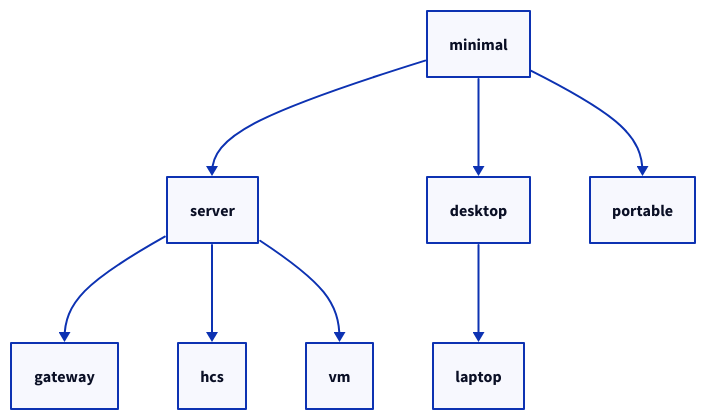
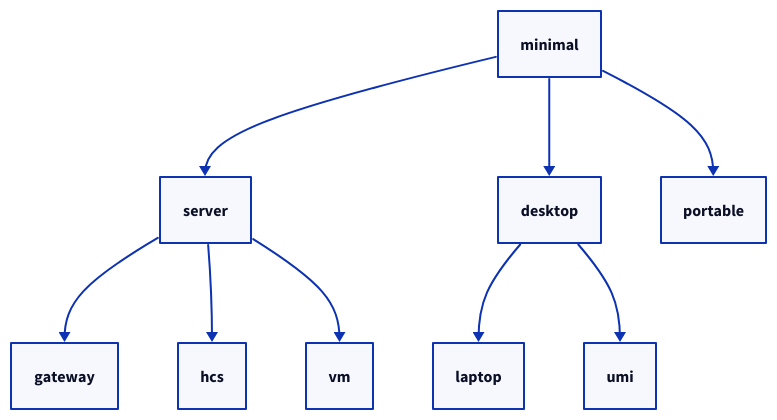
One commit to darkone-linux/dnf-doc changed the diagram in src/content/docs/fr/doc/admin-guide/understand/host-profiles.mdx. Above: the diagram before and after it, drawn with D2. The commit also changed other lines of this file and 3 other files, not shown here.

````diff
--- a/src/content/docs/fr/doc/admin-guide/understand/host-profiles.mdx
+++ b/src/content/docs/fr/doc/admin-guide/understand/host-profiles.mdx
@@ -20,23 +20,25 @@
 ```d2
 style.fill: transparent
 direction: down
 
 minimal: minimal
 
 server: server
 desktop: desktop
 portable: portable
 
 gateway: gateway
 hcs: hcs
 vm: vm
 laptop: laptop
+umi: umi
 
 minimal -> server
 minimal -> desktop
 minimal -> portable
 server -> gateway
 server -> hcs
 server -> vm
 desktop -> laptop
+desktop -> umi
 ```
````
